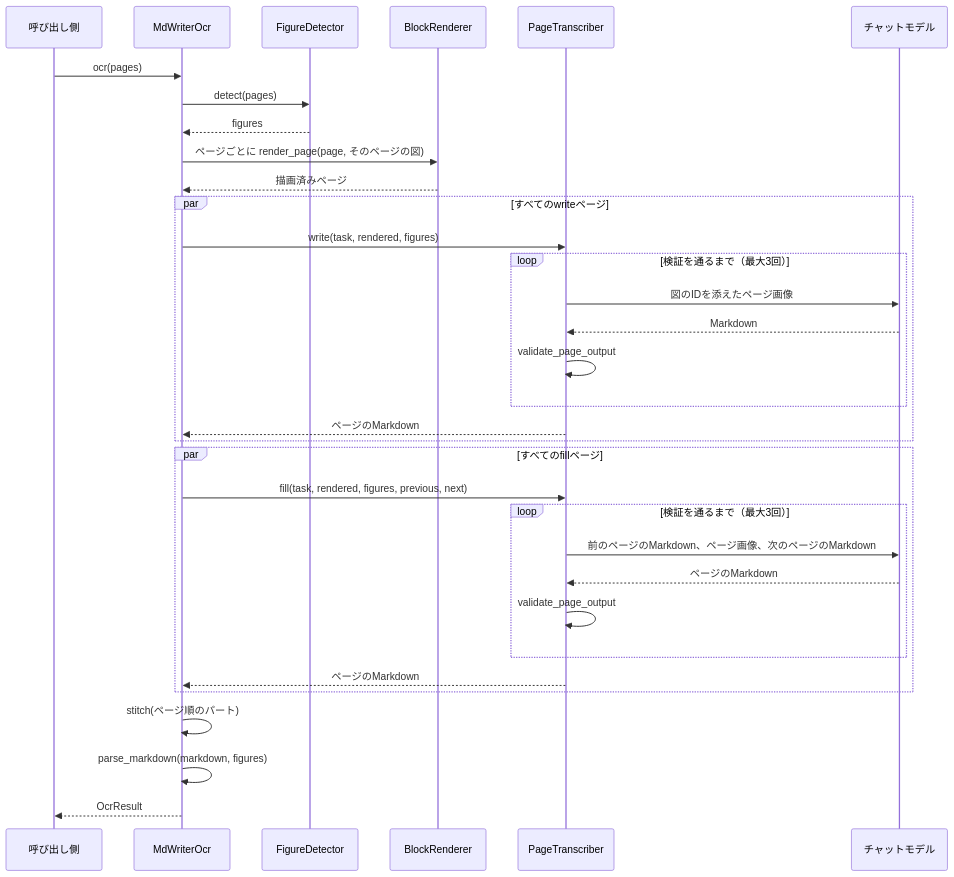
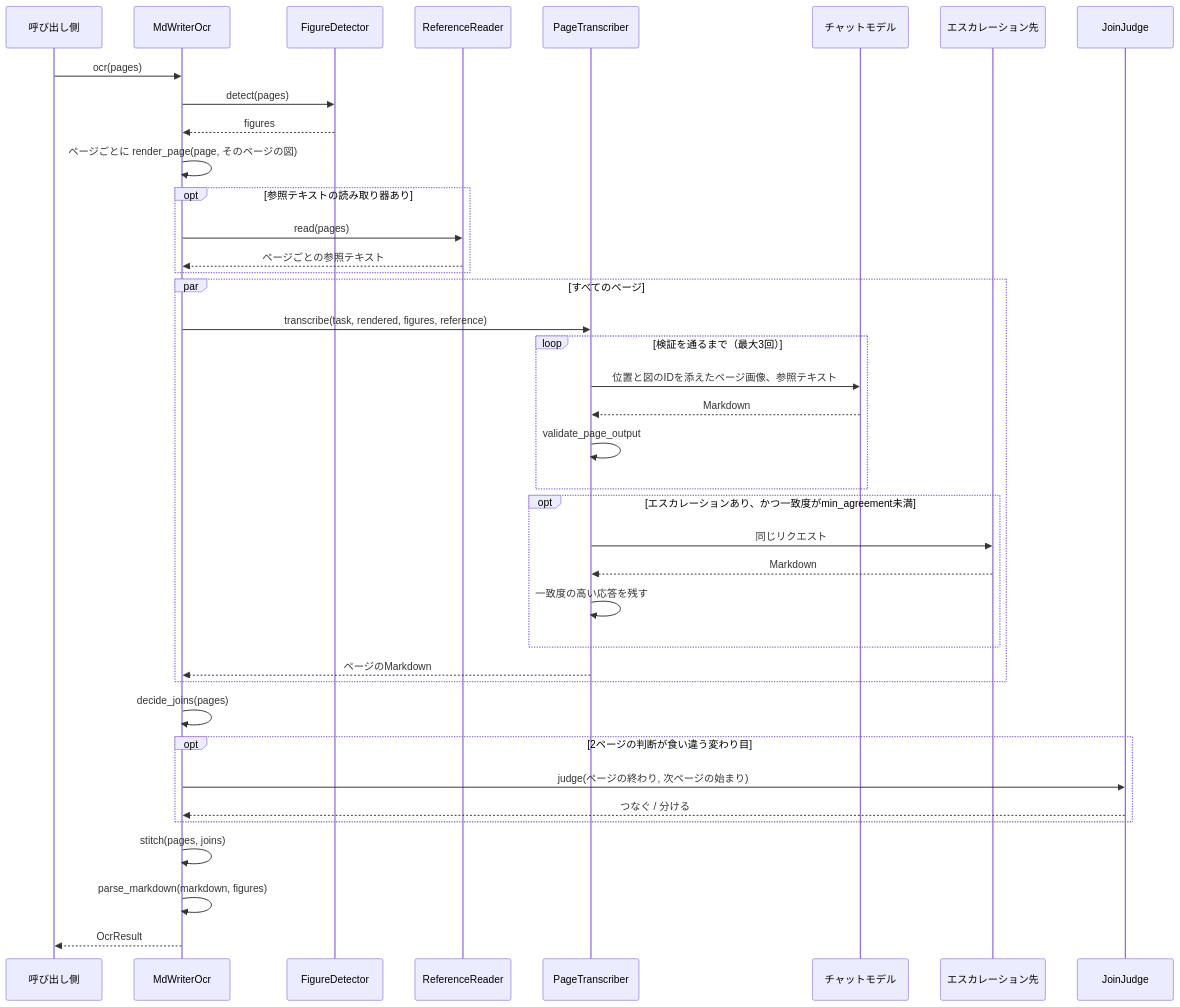
The third of 3 diagrams in Uploader/OcrModule/MdWriter/Docs/MdWriterOcr.ja.md (konbraphat51/SuperSuat), drawn with Mermaid before and after one commit. The commit also changed other lines of this file and 5 other files, not shown here.

Commit message:
docs: describe the one-pass page turns, the reference text and escalation

````diff
--- a/Uploader/OcrModule/MdWriter/Docs/MdWriterOcr.ja.md
+++ b/Uploader/OcrModule/MdWriter/Docs/MdWriterOcr.ja.md
@@ -138,35 +184,41 @@
 ```mermaid
 sequenceDiagram
     participant Caller as 呼び出し側
     participant L as MdWriterOcr
     participant D as FigureDetector
-    participant R as BlockRenderer
+    participant X as ReferenceReader
     participant T as PageTranscriber
     participant M as チャットモデル
+    participant E as エスカレーション先
+    participant J as JoinJudge
     Caller->>L: ocr(pages)
     L->>D: detect(pages)
     D-->>L: figures
-    L->>R: ページごとに render_page(page, そのページの図)
-    R-->>L: 描画済みページ
-    par すべてのwriteページ
-        L->>T: write(task, rendered, figures)
+    L->>L: ページごとに render_page(page, そのページの図)
+    opt 参照テキストの読み取り器あり
+        L->>X: read(pages)
+        X-->>L: ページごとの参照テキスト
+    end
+    par すべてのページ
+        L->>T: transcribe(task, rendered, figures, reference)
         loop 検証を通るまで（最大3回）
-            T->>M: 図のIDを添えたページ画像
+            T->>M: 位置と図のIDを添えたページ画像、参照テキスト
             M-->>T: Markdown
             T->>T: validate_page_output
         end
-        T-->>L: ページのMarkdown
-    end
-    par すべてのfillページ
-        L->>T: fill(task, rendered, figures, previous, next)
-        loop 検証を通るまで（最大3回）
-            T->>M: 前のページのMarkdown、ページ画像、次のページのMarkdown
-            M-->>T: ページのMarkdown
-            T->>T: validate_page_output
+        opt エスカレーションあり、かつ一致度がmin_agreement未満
+            T->>E: 同じリクエスト
+            E-->>T: Markdown
+            T->>T: 一致度の高い応答を残す
         end
         T-->>L: ページのMarkdown
     end
-    L->>L: stitch(ページ順のパート)
+    L->>L: decide_joins(pages)
+    opt 2ページの判断が食い違う変わり目
+        L->>J: judge(ページの終わり, 次ページの始まり)
+        J-->>L: つなぐ / 分ける
+    end
+    L->>L: stitch(pages, joins)
     L->>L: parse_markdown(markdown, figures)
     L-->>Caller: OcrResult
 ```
````
